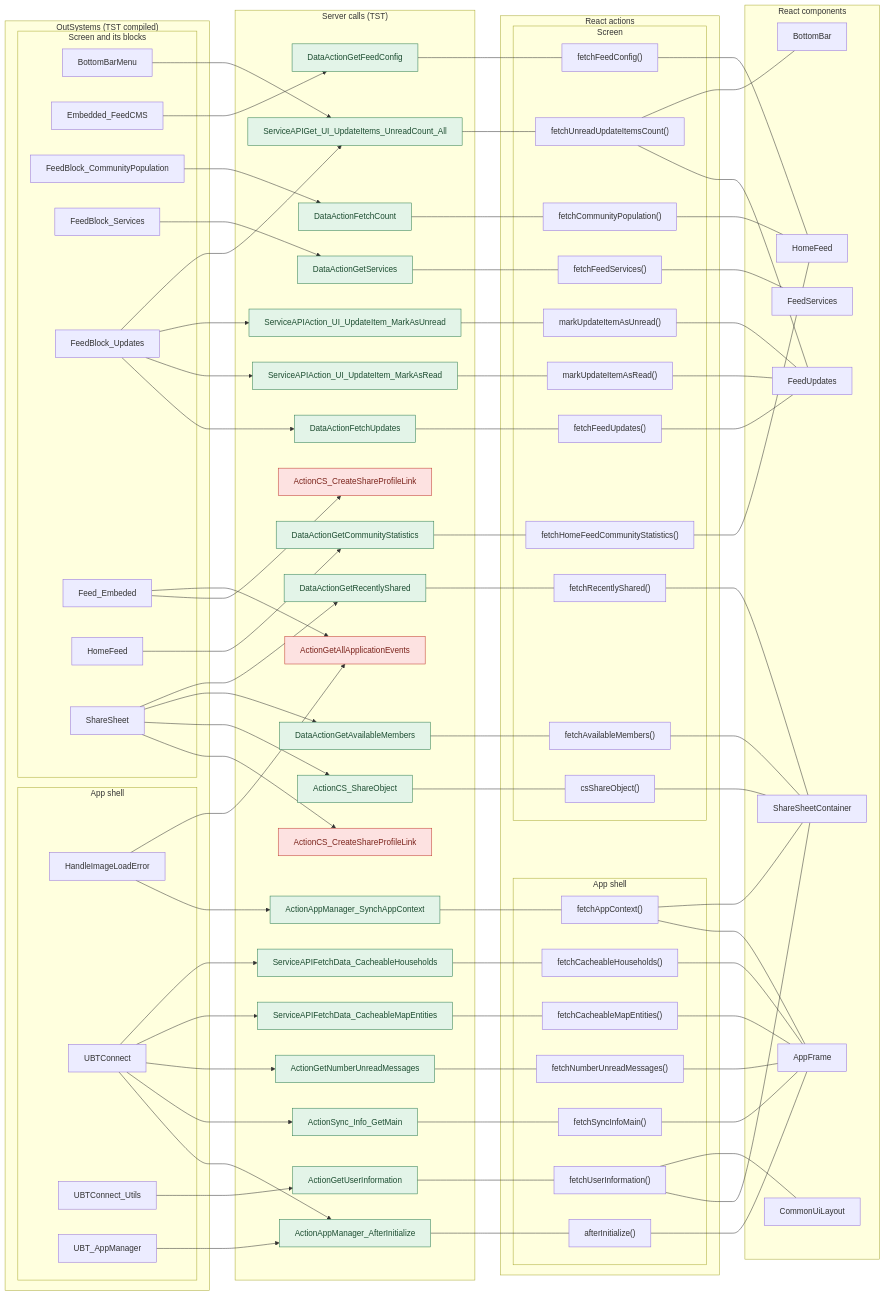
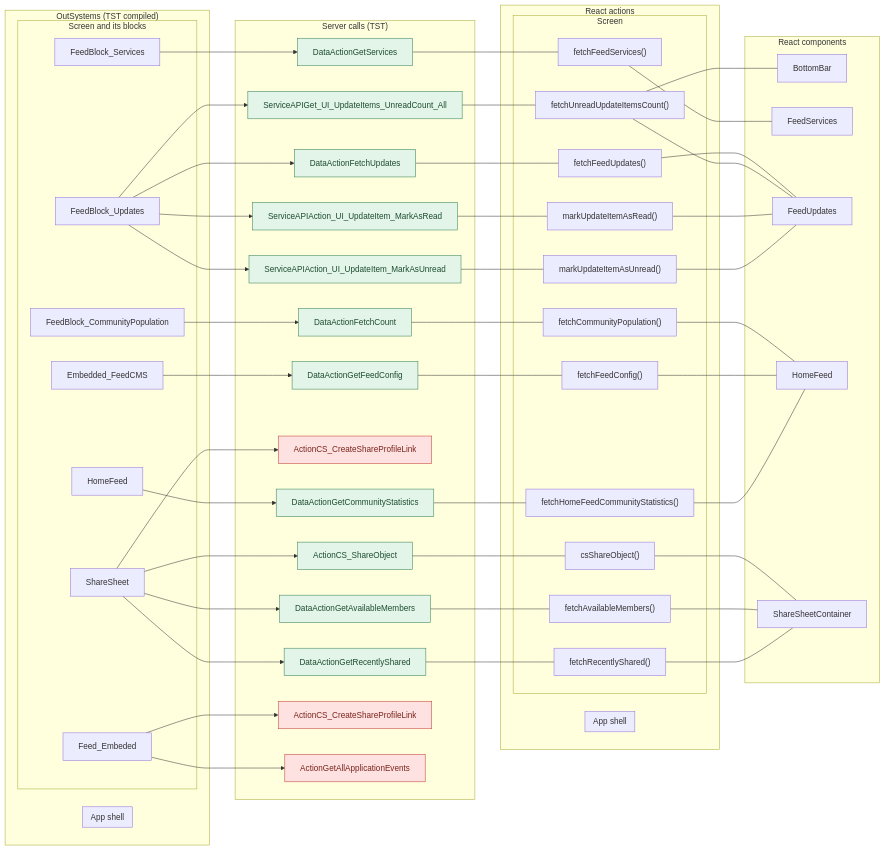
The first of 24 diagrams in migration/route-actions/HomeFeed.md (Phoenix-DX/connect-new-ui), drawn with Mermaid before and after one commit. The commit also changed other lines of this file and 51 other files, not shown here.

Commit message:
route actions: route files keep only the route; APP_SHELL.md merges the app shell (layout, app start, bottom bar, PIN lock, shared dialogs) from the checked routes; one user action diagram per branch

````diff
--- a/migration/route-actions/HomeFeed.md
+++ b/migration/route-actions/HomeFeed.md
@@ -49,143 +54,96 @@
 flowchart LR
   subgraph OS["OutSystems (TST compiled)"]
     subgraph OS_shell["App shell"]
-      o0["HandleImageLoadError"]
-      o1["UBTConnect"]
-      o2["UBTConnect_Utils"]
-      o3["UBT_AppManager"]
     end
     subgraph OS_screen["Screen and its blocks"]
-      o4["BottomBarMenu"]
-      o5["Embedded_FeedCMS"]
-      o6["FeedBlock_CommunityPopulation"]
-      o7["FeedBlock_Services"]
-      o8["FeedBlock_Updates"]
-      o9["Feed_Embeded"]
-      o10["HomeFeed"]
-      o11["ShareSheet"]
+      o0["Embedded_FeedCMS"]
+      o1["FeedBlock_CommunityPopulation"]
+      o2["FeedBlock_Services"]
+      o3["FeedBlock_Updates"]
+      o4["Feed_Embeded"]
+      o5["HomeFeed"]
+      o6["ShareSheet"]
     end
   end
   subgraph EP["Server calls (TST)"]
-    e12["ActionAppManager_SynchAppContext"]
-    e13["DataActionGetFeedConfig"]
-    e14["DataActionGetCommunityStatistics"]
-    e15["DataActionFetchUpdates"]
-    e16["DataActionFetchCount"]
-    e17["DataActionGetServices"]
-    e18["ActionAppManager_AfterInitialize"]
-    e19["ActionSync_Info_GetMain"]
-    e20["ActionGetUserInformation"]
-    e21["ActionGetNumberUnreadMessages"]
-    e22["ServiceAPIFetchData_CacheableMapEntities"]
-    e23["ServiceAPIFetchData_CacheableHouseholds"]
-    e24["ServiceAPIAction_UI_UpdateItem_MarkAsRead"]
-    e25["ServiceAPIAction_UI_UpdateItem_MarkAsUnread"]
-    e26["ActionCS_CreateShareProfileLink"]
-    e27["ActionCS_ShareObject"]
-    e28["DataActionGetAvailableMembers"]
-    e29["DataActionGetRecentlyShared"]
-    e30["ServiceAPIGet_UI_UpdateItems_UnreadCount_All"]
-    e31["ActionCS_CreateShareProfileLink"]
-    e32["ActionGetAllApplicationEvents"]
+    e7["DataActionGetFeedConfig"]
+    e8["DataActionGetCommunityStatistics"]
+    e9["DataActionFetchUpdates"]
+    e10["DataActionFetchCount"]
+    e11["DataActionGetServices"]
+    e12["ServiceAPIAction_UI_UpdateItem_MarkAsRead"]
+    e13["ServiceAPIAction_UI_UpdateItem_MarkAsUnread"]
+    e14["ActionCS_CreateShareProfileLink"]
+    e15["ActionCS_ShareObject"]
+    e16["DataActionGetAvailableMembers"]
+    e17["DataActionGetRecentlyShared"]
+    e18["ServiceAPIGet_UI_UpdateItems_UnreadCount_All"]
+    e19["ActionCS_CreateShareProfileLink"]
+    e20["ActionGetAllApplicationEvents"]
   end
   subgraph RE["React actions"]
     subgraph RE_shell["App shell"]
-      r33["afterInitialize()"]
-      r34["fetchAppContext()"]
-      r35["fetchCacheableHouseholds()"]
-      r36["fetchCacheableMapEntities()"]
-      r37["fetchNumberUnreadMessages()"]
-      r38["fetchSyncInfoMain()"]
-      r39["fetchUserInformation()"]
     end
     subgraph RE_page["Screen"]
-      r40["csShareObject()"]
-      r41["fetchAvailableMembers()"]
-      r42["fetchCommunityPopulation()"]
-      r43["fetchFeedConfig()"]
-      r44["fetchFeedServices()"]
-      r45["fetchFeedUpdates()"]
-      r46["fetchHomeFeedCommunityStatistics()"]
-      r47["fetchRecentlyShared()"]
-      r48["fetchUnreadUpdateItemsCount()"]
-      r49["markUpdateItemAsRead()"]
-      r50["markUpdateItemAsUnread()"]
+      r21["csShareObject()"]
+      r22["fetchAvailableMembers()"]
+      r23["fetchCommunityPopulation()"]
+      r24["fetchFeedConfig()"]
+      r25["fetchFeedServices()"]
+      r26["fetchFeedUpdates()"]
+      r27["fetchHomeFeedCommunityStatistics()"]
+      r28["fetchRecentlyShared()"]
+      r29["fetchUnreadUpdateItemsCount()"]
+      r30["markUpdateItemAsRead()"]
+      r31["markUpdateItemAsUnread()"]
     end
   end
   subgraph RC["React components"]
-    c51["AppFrame"]
-    c52["BottomBar"]
-    c53["CommonUiLayout"]
-    c54["FeedServices"]
-    c55["FeedUpdates"]
-    c56["HomeFeed"]
-    c57["ShareSheetContainer"]
+    c32["BottomBar"]
+    c33["FeedServices"]
+    c34["FeedUpdates"]
+    c35["HomeFeed"]
+    c36["ShareSheetContainer"]
   end
-  r33 --- c51
-  r34 --- c51
-  r35 --- c51
-  r36 --- c51
-  r37 --- c51
-  r38 --- c51
-  r40 --- c57
-  r34 --- c57
-  r41 --- c57
-  r47 --- c57
-  r39 --- c57
-  r42 --- c56
-  r43 --- c56
-  r46 --- c56
-  r45 --- c55
-  r48 --- c55
-  r49 --- c55
-  r50 --- c55
-  r44 --- c54
-  r39 --- c53
-  r48 --- c52
-  o0 --> e12
-  o0 --> e32
-  o5 --> e13
-  o10 --> e14
-  o8 --> e15
-  o8 --> e24
-  o8 --> e25
-  o8 --> e30
+  r23 --- c35
+  r24 --- c35
+  r27 --- c35
+  r26 --- c34
+  r29 --- c34
+  r30 --- c34
+  r31 --- c34
+  r25 --- c33
+  r21 --- c36
+  r22 --- c36
+  r28 --- c36
+  r29 --- c32
+  o0 --> e7
+  o5 --> e8
+  o3 --> e9
+  o3 --> e12
+  o3 --> e13
+  o3 --> e18
+  o1 --> e10
+  o2 --> e11
+  o6 --> e14
+  o6 --> e15
   o6 --> e16
-  o7 --> e17
-  o1 --> e18
-  o1 --> e19
-  o1 --> e21
-  o1 --> e22
-  o1 --> e23
-  o3 --> e18
-  o2 --> e20
-  o11 --> e26
-  o11 --> e27
-  o11 --> e28
-  o11 --> e29
-  o4 --> e30
-  o9 --> e31
-  o9 --> e32
-  e12 --- r34
-  e13 --- r43
-  e14 --- r46
-  e15 --- r45
-  e16 --- r42
-  e17 --- r44
-  e18 --- r33
-  e19 --- r38
-  e20 --- r39
-  e21 --- r37
-  e22 --- r36
-  e23 --- r35
-  e24 --- r49
-  e25 --- r50
-  e27 --- r40
-  e28 --- r41
-  e29 --- r47
-  e30 --- r48
+  o6 --> e17
+  o4 --> e19
+  o4 --> e20
+  e7 --- r24
+  e8 --- r27
+  e9 --- r26
+  e10 --- r23
+  e11 --- r25
+  e12 --- r30
+  e13 --- r31
+  e15 --- r21
+  e16 --- r22
+  e17 --- r28
+  e18 --- r29
   classDef missing fill:#fde2e1,stroke:#c0392b,color:#7b241c
   classDef ok fill:#e3f4e8,stroke:#2e7d4f,color:#1d4d31
-  class e26,e31,e32 missing
-  class e12,e13,e14,e15,e16,e17,e18,e19,e20,e21,e22,e23,e24,e25,e27,e28,e29,e30 ok
+  class e14,e19,e20 missing
+  class e7,e8,e9,e10,e11,e12,e13,e15,e16,e17,e18 ok
 ```
````
